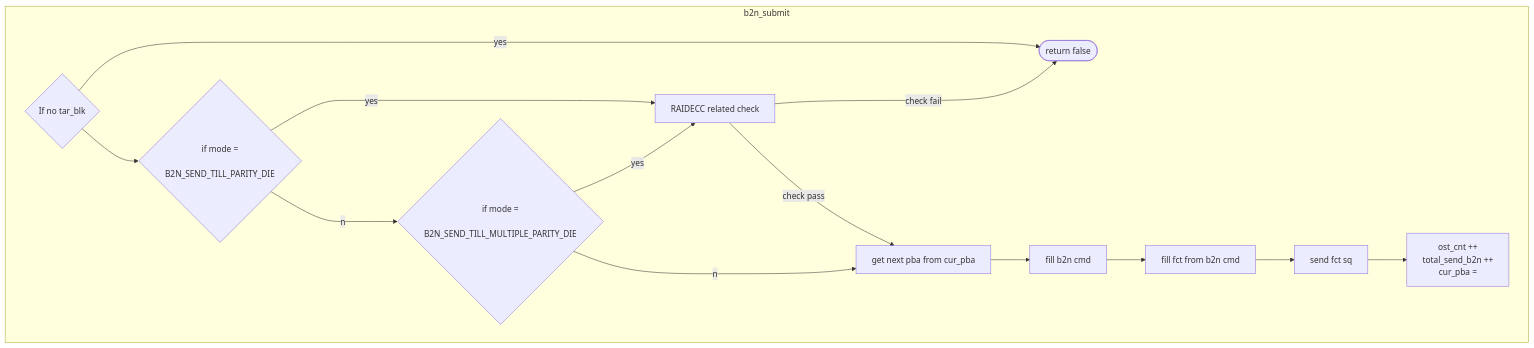
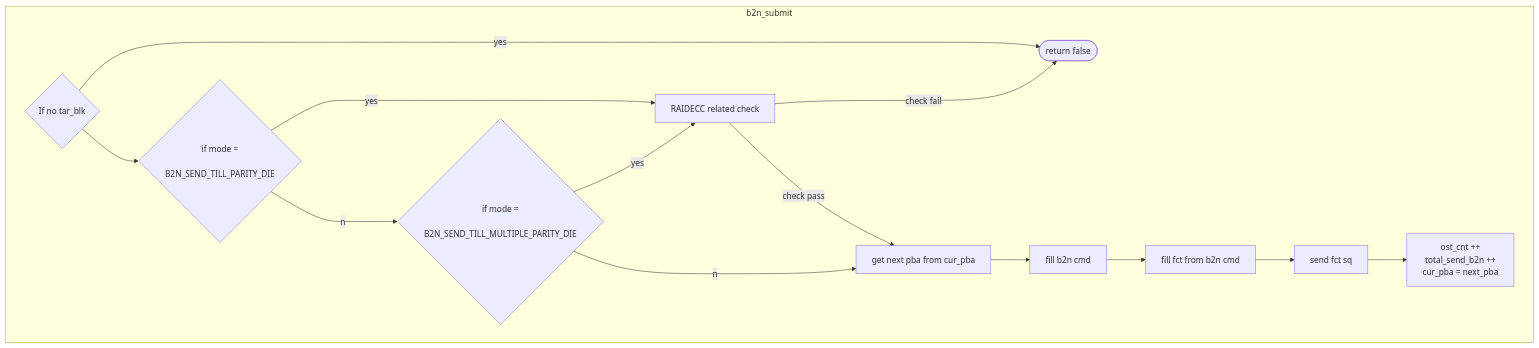
One commit to jenny112646/iodraw-files changed the diagram in all/未命名-2.md. Above: the diagram before and after it, drawn with Mermaid.

Commit message:
2024-06-07 11:04:57 update

````diff
--- a/all/未命名-2.md
+++ b/all/未命名-2.md
@@ -1,22 +1,22 @@
 ```mermaid
 flowchart TD
 subgraph b2n_submit
     direction LR
     c1{"If no tar_blk"} --yes--> c2([return false])
     c1 --> c3{"if mode =
     B2N_SEND_TILL_PARITY_DIE"}
     c3 --yes--> c4["RAIDECC related check"]
     c3 --no--> c5{"if mode =
     B2N_SEND_TILL_MULTIPLE_PARITY_DIE"}
     c5 --yes--> c4["RAIDECC related check"]
     c5 --no--> c6["get next pba from cur_pba"]
     c4 --"check fail"---> c2
     c4 --"check pass"--> c6
     c6 --> c7["fill b2n cmd"]
     c7 --> c8["fill fct from b2n cmd"]
     c8 --> c9["send fct sq"]
     c9 --> c10["ost_cnt ++
     total_send_b2n ++
-    cur_pba = "]
+    cur_pba = next_pba"]
 end
 ```
````
